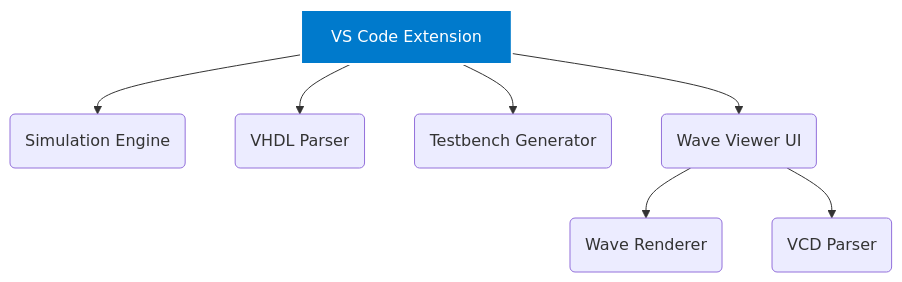
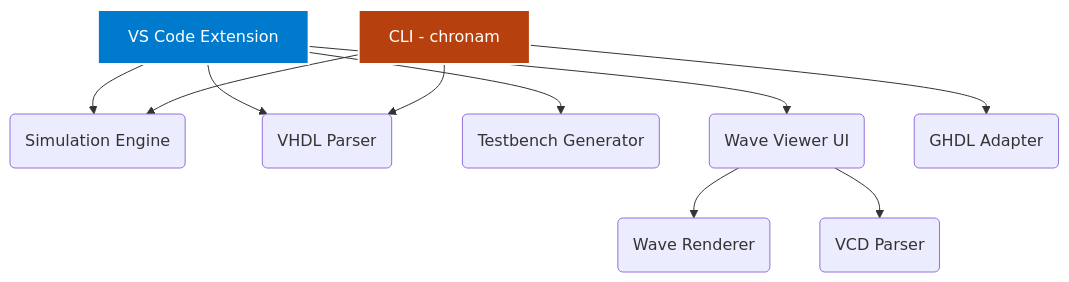
One commit to Nciibi/chronam changed the diagram in README.md. Above: the diagram before and after it, drawn with Mermaid. The commit also changed other lines of this file, not shown here.

````diff
--- a/README.md
+++ b/README.md
@@ -75,11 +108,15 @@
 ```mermaid
 graph TD
     A[VS Code Extension] --> B(Simulation Engine)
     A --> C(VHDL Parser)
     A --> D(Testbench Generator)
     A --> E(Wave Viewer UI)
     E --> F(Wave Renderer)
     E --> G(VCD Parser)
-    
+    H[CLI - chronam] --> B
+    H --> C
+    H --> I(GHDL Adapter)
+
     style A fill:#007ACC,stroke:#fff,stroke-width:2px,color:#fff
+    style H fill:#B7410E,stroke:#fff,stroke-width:2px,color:#fff
 ```
````
